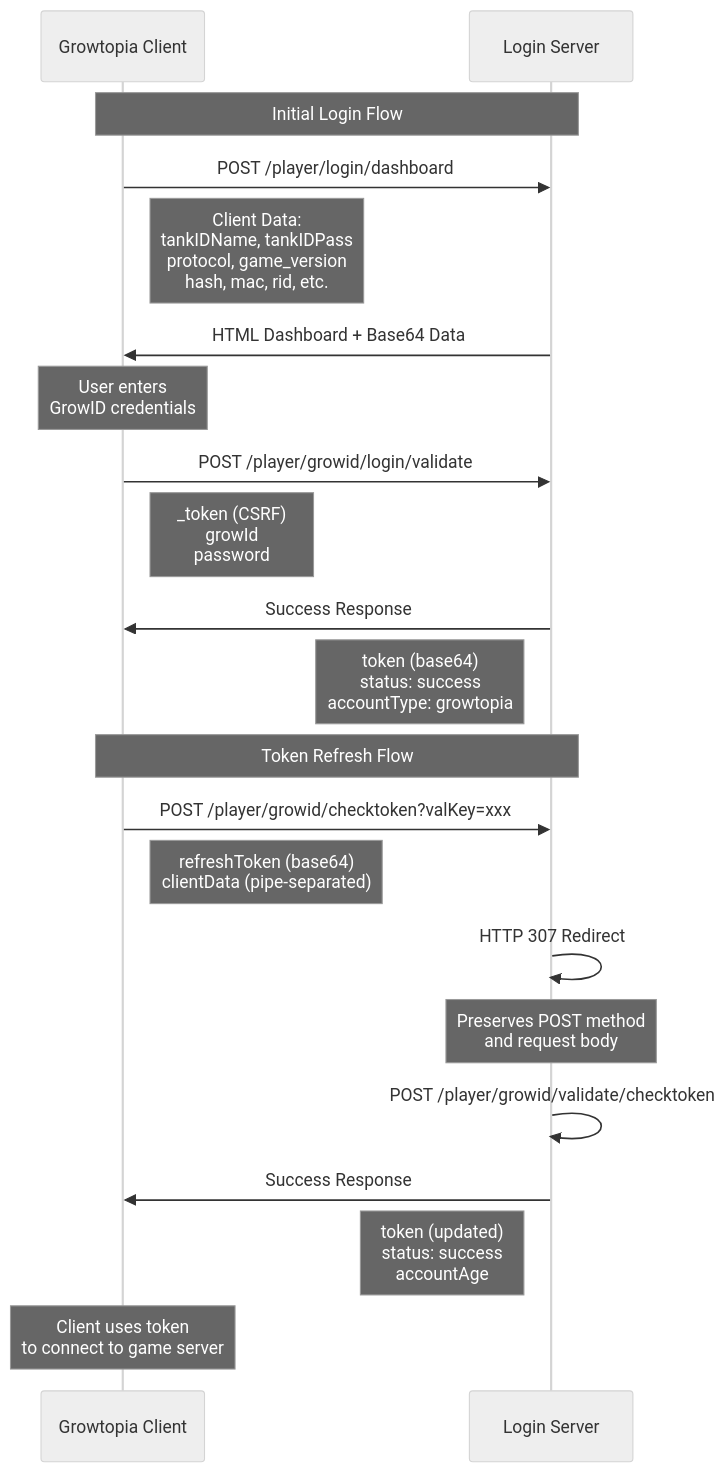
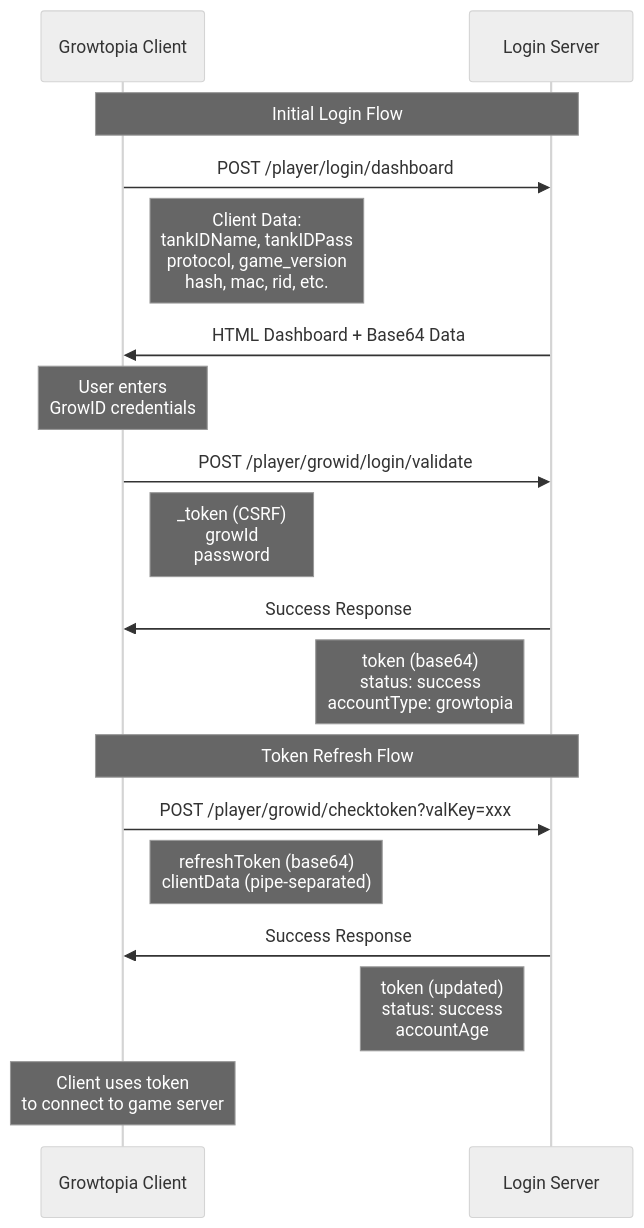
One commit to StileDevs/grow-docs changed the diagram in docs/protocol/login-server.md. Above: the diagram before and after it, drawn with Mermaid (neutral theme). The commit also changed other lines of this file and 6 other files, not shown here.

````diff
--- a/docs/protocol/login-server.md
+++ b/docs/protocol/login-server.md
@@ -6,30 +6,27 @@
 ```mermaid
 sequenceDiagram
     participant Client as Growtopia Client
     participant Login as Login Server
     
     Note over Client,Login: Initial Login Flow
     
     Client->>Login: POST /player/login/dashboard
     Note right of Client: Client Data:<br/>tankIDName, tankIDPass<br/>protocol, game_version<br/>hash, mac, rid, etc.
     Login->>Client: HTML Dashboard + Base64 Data
     
     Note over Client: User enters<br/>GrowID credentials
     
     Client->>Login: POST /player/growid/login/validate
     Note right of Client: _token (CSRF)<br/>growId<br/>password
     Login->>Client: Success Response
     Note left of Login: token (base64)<br/>status: success<br/>accountType: growtopia
     
     Note over Client,Login: Token Refresh Flow
     
     Client->>Login: POST /player/growid/checktoken?valKey=xxx
     Note right of Client: refreshToken (base64)<br/>clientData (pipe-separated)
-    Login->>Login: HTTP 307 Redirect
-    Note over Login: Preserves POST method<br/>and request body
-    Login->>Login: POST /player/growid/validate/checktoken
     Login->>Client: Success Response
     Note left of Login: token (updated)<br/>status: success<br/>accountAge
     
     Note over Client: Client uses token<br/>to connect to game server
 ```
````
